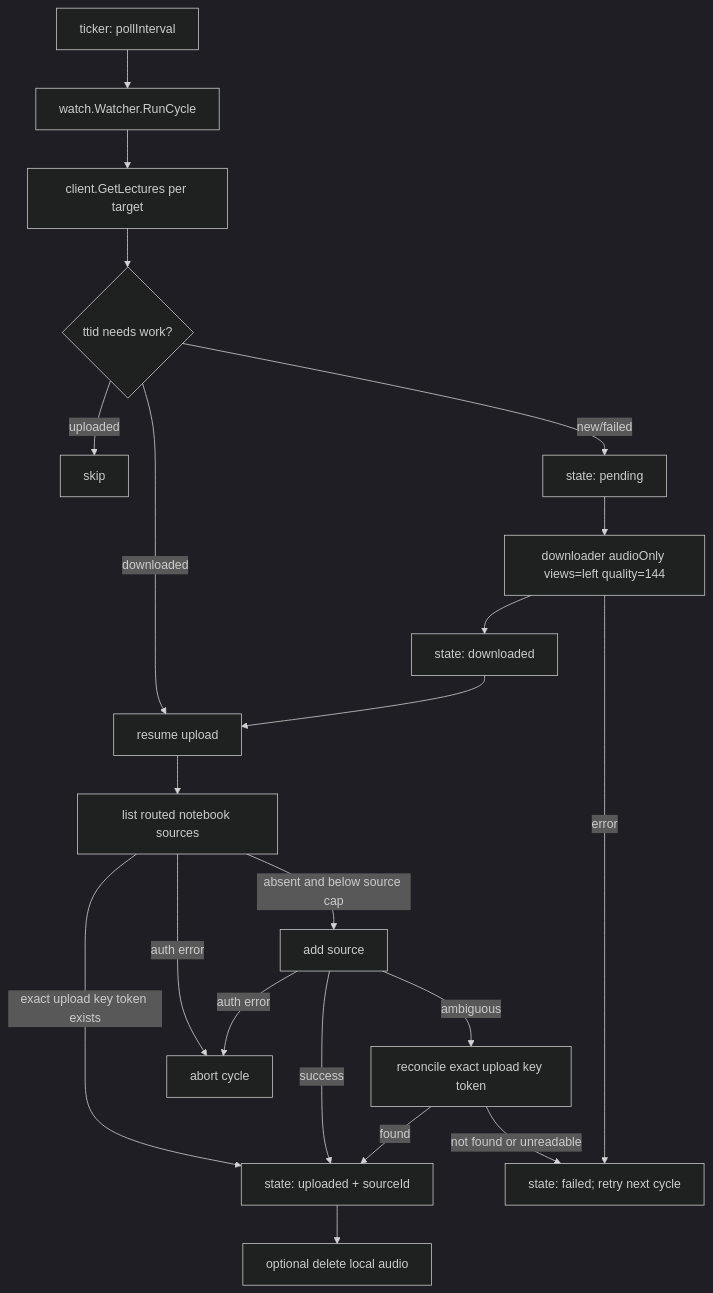
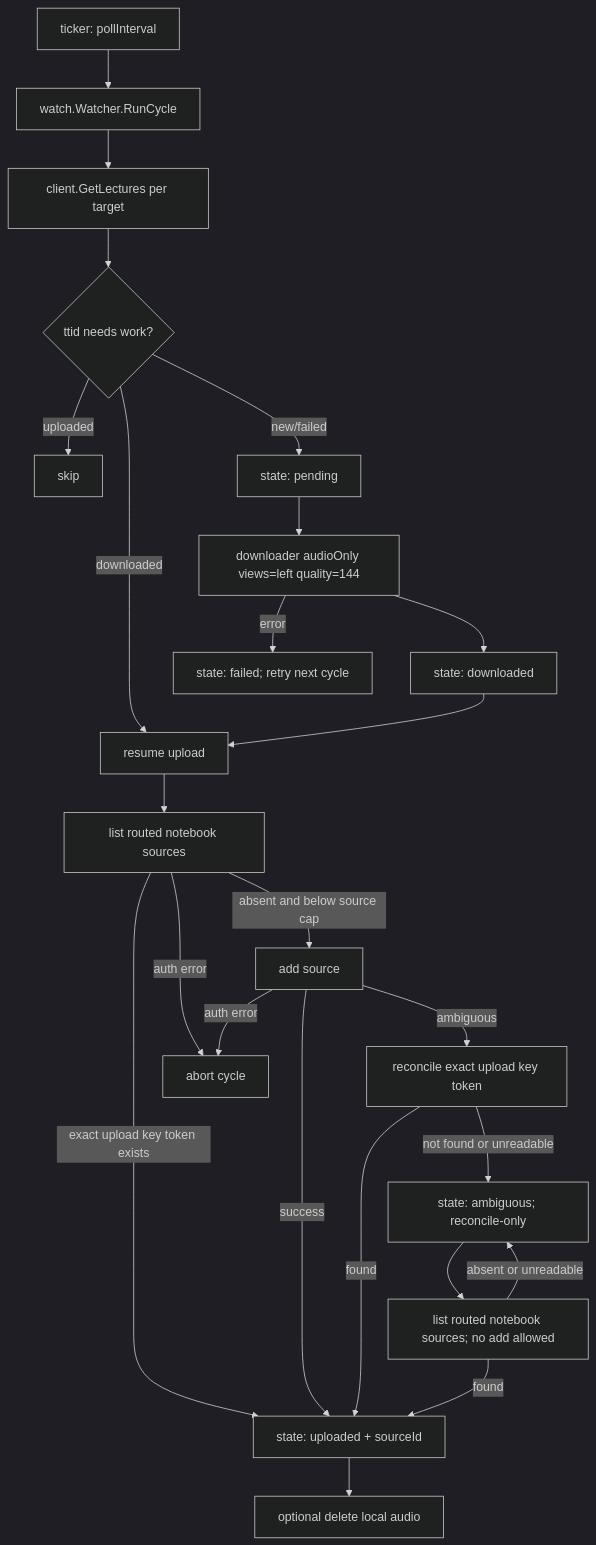
The fourth of 6 diagrams in docs/architecture.md (rabesss/impartus-cli), drawn with Mermaid (dark theme) before and after one commit. The commit also changed 8 other files, not shown here.

````diff
--- a/docs/architecture.md
+++ b/docs/architecture.md
@@ -95,23 +95,26 @@
 ```mermaid
 flowchart TD
   Tick["ticker: pollInterval"] --> Loop
   Loop["watch.Watcher.RunCycle"] --> Fetch["client.GetLectures per target"]
   Fetch --> Diff{"ttid needs work?"}
   Diff -->|uploaded| Skip["skip"]
   Diff -->|downloaded| Up["resume upload"]
   Diff -->|new/failed| Claim["state: pending"]
   Claim --> DL["downloader audioOnly views=left quality=144"]
   DL --> Mark1["state: downloaded"]
   Mark1 --> Up
   Up --> Recon["list routed notebook sources"]
   Recon -->|exact upload key token exists| Mark2
   Recon -->|absent and below source cap| Add["add source"]
   Add -->|success| Mark2["state: uploaded + sourceId"]
   Add -->|ambiguous| Recheck["reconcile exact upload key token"]
   Recheck -->|found| Mark2
-  Recheck -->|not found or unreadable| Retry
+  Recheck -->|not found or unreadable| Hold["state: ambiguous; reconcile-only"]
+  Hold --> SafeRecon["list routed notebook sources; no add allowed"]
+  SafeRecon -->|found| Mark2
+  SafeRecon -->|absent or unreadable| Hold
   Mark2 --> Clean["optional delete local audio"]
   DL -->|error| Retry["state: failed; retry next cycle"]
   Recon -->|auth error| Abort["abort cycle"]
   Add -->|auth error| Abort
 ```
````
